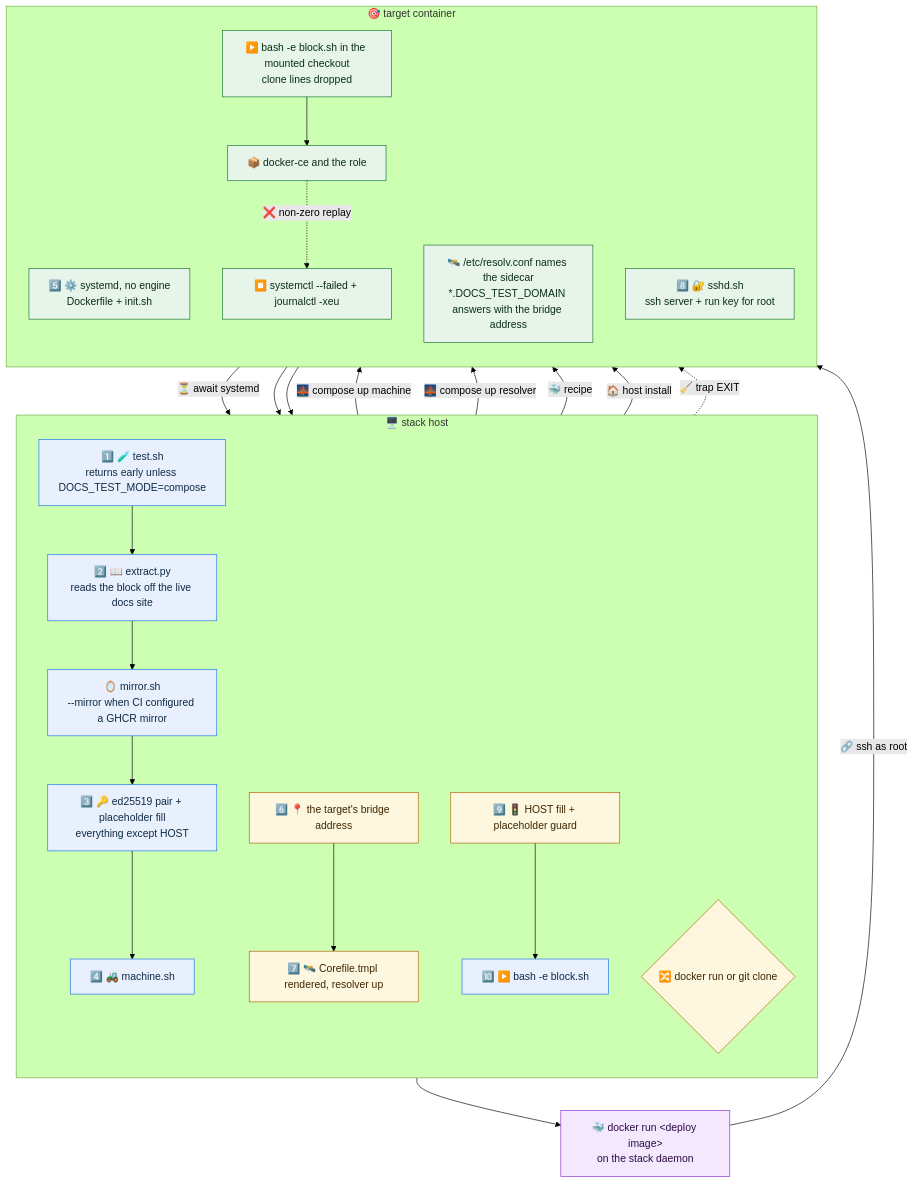
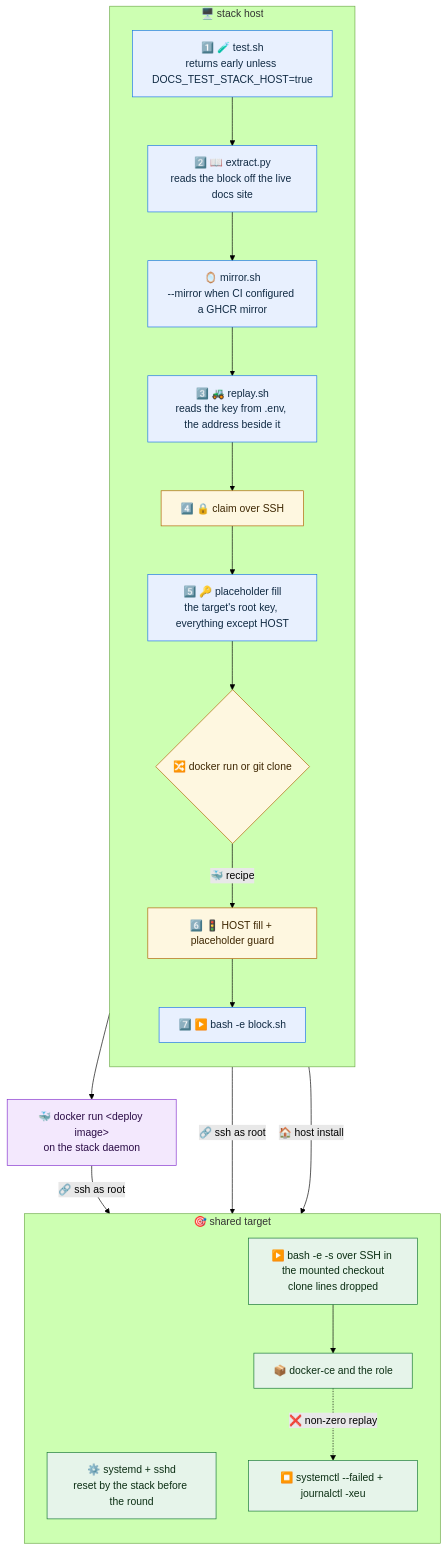
Before and after one commit to infinito-nexus/core: the diagram in roles/web-app-docs/files/test/README.md, drawn with Mermaid (forest theme). The commit also changed other lines of this file and 372 other files, not shown here.

````diff
--- a/roles/web-app-docs/files/test/README.md
+++ b/roles/web-app-docs/files/test/README.md
@@ -22,52 +22,44 @@
 ```mermaid
 flowchart TD
     subgraph HOST["🖥️ stack host"]
         direction TB
-        TEST["1️⃣ 🧪 test.sh<br>returns early unless DOCS_TEST_MODE=compose"]
+        TEST["1️⃣ 🧪 test.sh<br>returns early unless DOCS_TEST_STACK_HOST=true"]
         EXTRACT["2️⃣ 📖 extract.py<br>reads the block off the live docs site"]
         MIRRORED["🪞 mirror.sh<br>--mirror when CI configured a GHCR mirror"]
-        FILL["3️⃣ 🔑 ed25519 pair + placeholder fill<br>everything except HOST"]
-        MACHINE["4️⃣ 🚜 machine.sh"]
-        ADDR["6️⃣ 📍 the target's bridge address"]
-        DNS["7️⃣ 🛰️ Corefile.tmpl rendered, resolver up"]
+        REPLAYSH["3️⃣ 🚜 replay.sh<br>reads the key from .env, the address beside it"]
+        CLAIM["4️⃣ 🔒 claim over SSH"]
+        FILL["5️⃣ 🔑 placeholder fill<br>the target's root key, everything except HOST"]
         SHAPE{"🔀 docker run or git clone"}
-        GUARD["9️⃣ 🚦 HOST fill + placeholder guard"]
-        BLOCK["🔟 ▶️ bash -e block.sh"]
+        GUARD["6️⃣ 🚦 HOST fill + placeholder guard"]
+        BLOCK["7️⃣ ▶️ bash -e block.sh"]
     end
 
-    subgraph TARGET["🎯 target container"]
+    subgraph TARGET["🎯 shared target"]
         direction TB
-        INIT["5️⃣ ⚙️ systemd, no engine<br>Dockerfile + init.sh"]
-        RESOLV["🛰️ /etc/resolv.conf names the sidecar<br>*.DOCS_TEST_DOMAIN answers with the bridge address"]
-        SSHD["8️⃣ 🔐 sshd.sh<br>ssh server + run key for root"]
-        HOSTRUN["▶️ bash -e block.sh in the mounted checkout<br>clone lines dropped"]
+        BARE["⚙️ systemd + sshd<br>reset by the stack before the round"]
+        HOSTRUN["▶️ bash -e -s over SSH in the mounted checkout<br>clone lines dropped"]
         DEPLOYED["📦 docker-ce and the role"]
         FAILED["⏹️ systemctl --failed + journalctl -xeu"]
     end
 
     RECIPE["🐳 docker run &lt;deploy image&gt;<br>on the stack daemon"]
 
-    TEST --> EXTRACT --> MIRRORED --> FILL --> MACHINE
-    MACHINE -->|"🌉 compose up machine"| INIT
-    INIT -->|"⏳ await systemd"| ADDR
-    ADDR --> DNS
-    DNS -->|"🌉 compose up resolver"| RESOLV
-    RESOLV --> SHAPE
-    SHAPE -->|"🐳 recipe"| SSHD
+    TEST --> EXTRACT --> MIRRORED --> REPLAYSH --> CLAIM
+    CLAIM -->|"🔗 ssh as root"| BARE
+    CLAIM --> FILL --> SHAPE
+    SHAPE -->|"🐳 recipe"| GUARD --> BLOCK
     SHAPE -->|"🏠 host install"| HOSTRUN
-    SSHD --> GUARD --> BLOCK
     BLOCK --> RECIPE
     RECIPE -->|"🔗 ssh as root"| DEPLOYED
     HOSTRUN --> DEPLOYED
     DEPLOYED -.->|"❌ non-zero replay"| FAILED
-    MACHINE -.->|"🧹 trap EXIT"| TARGET
 
     classDef host fill:#e8f0fe,stroke:#1a73e8,color:#102a43;
     classDef target fill:#e6f4ea,stroke:#137333,color:#0b2e13;
     classDef pivot fill:#fef7e0,stroke:#b06000,color:#3d2600;
     classDef recipe fill:#f3e8fd,stroke:#8430ce,color:#2a0b45;
-    class TEST,EXTRACT,MIRRORED,FILL,MACHINE,BLOCK host;
-    class INIT,RESOLV,SSHD,HOSTRUN,DEPLOYED,FAILED target;
-    class SHAPE,ADDR,DNS,GUARD pivot;
+    class TEST,EXTRACT,MIRRORED,REPLAYSH,FILL,BLOCK host;
+    class BARE,HOSTRUN,DEPLOYED,FAILED target;
+    class SHAPE,CLAIM,GUARD pivot;
     class RECIPE recipe;
 ```
````
